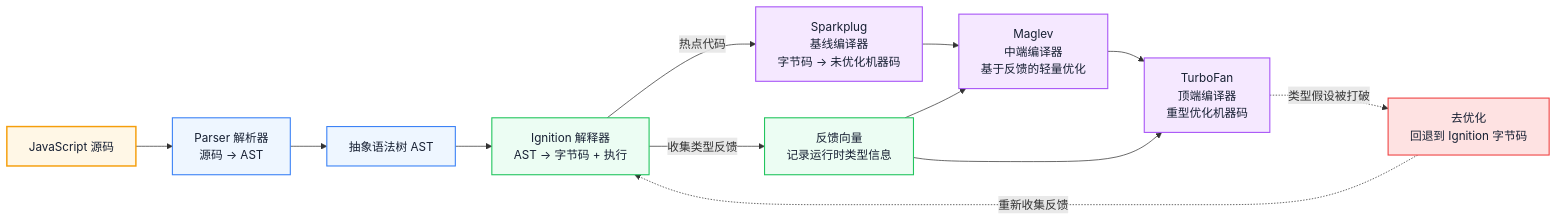
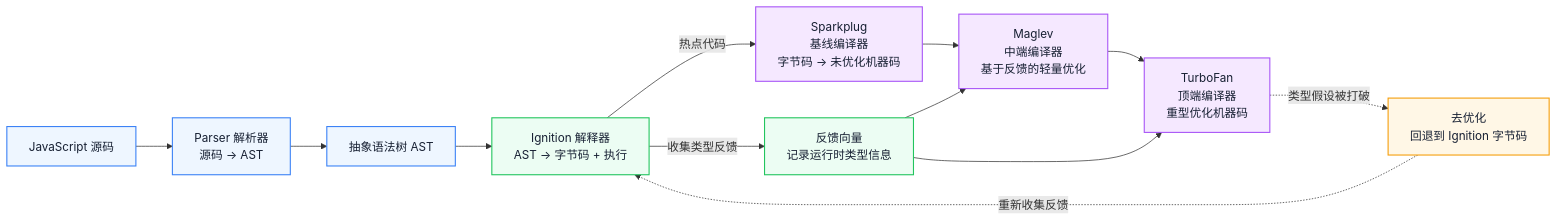
Before and after one commit to Fatejian/frontier-vault: the first of 4 diagrams in docs/javascript/v8-jit-gc.md, drawn with Mermaid. The commit also changed other lines of this file and 41 other files, not shown here.

````diff
--- a/docs/javascript/v8-jit-gc.md
+++ b/docs/javascript/v8-jit-gc.md
@@ -69,26 +56,23 @@
 ```mermaid
-%%{init: {'theme': 'base', 'themeVariables': { 'fontFamily': 'Inter, PingFang SC, Microsoft YaHei, sans-serif', 'primaryColor': '#EEF6FF', 'primaryTextColor': '#172033', 'primaryBorderColor': '#6EA8FE', 'lineColor': '#8A94A6', 'secondaryColor': '#F7F9FC', 'tertiaryColor': '#FFF7E6, 'fontSize': '13px'}}}%%
 flowchart LR
-    Src[JavaScript 源码] --> Parser[Parser 解析器<br/>源码 → AST]
-    Parser --> AST[抽象语法树 AST]
-    AST --> Ignition[Ignition 解释器<br/>AST → 字节码 + 执行]
-    Ignition -- 收集类型反馈 --> Feedback[反馈向量<br/>记录运行时类型信息]
-    Ignition -- 热点代码 --> SP[Sparkplug<br/>基线编译器<br/>字节码 → 未优化机器码]
-    SP --> ML[Maglev<br/>中端编译器<br/>基于反馈的轻量优化]
-    ML --> TF[TurboFan<br/>顶端编译器<br/>重型优化机器码]
+    Src["JavaScript 源码"] --> Parser["Parser 解析器<br/>源码 → AST"]
+    Parser --> AST["抽象语法树 AST"]
+    AST --> Ignition["Ignition 解释器<br/>AST → 字节码 + 执行"]
+    Ignition -- "收集类型反馈" --> Feedback["反馈向量<br/>记录运行时类型信息"]
+    Ignition -- "热点代码" --> SP["Sparkplug<br/>基线编译器<br/>字节码 → 未优化机器码"]
+    SP --> ML["Maglev<br/>中端编译器<br/>基于反馈的轻量优化"]
+    ML --> TF["TurboFan<br/>顶端编译器<br/>重型优化机器码"]
     Feedback --> ML
     Feedback --> TF
-    TF -. 类型假设被打破 .-> Deopt[去优化<br/>回退到 Ignition 字节码]
-    Deopt -. 重新收集反馈 .-> Ignition
+    TF -. "类型假设被打破" .-> Deopt["去优化<br/>回退到 Ignition 字节码"]
+    Deopt -. "重新收集反馈" .-> Ignition
 
-    classDef src fill:#FFF7E6,stroke:#F59E0B,color:#172033,stroke-width:2px;
-    classDef parse fill:#EEF6FF,stroke:#3B82F6,color:#172033,stroke-width:1.5px;
-    classDef interp fill:#ECFDF3,stroke:#22C55E,color:#172033,stroke-width:1.5px;
-    classDef opt fill:#F5E8FF,stroke:#A855F7,color:#172033,stroke-width:1.5px;
-    classDef deopt fill:#FEE2E2,stroke:#EF4444,color:#172033,stroke-width:1.5px;
-    class Src src;
-    class Parser,AST parse;
-    class Ignition,Feedback interp;
-    class SP,ML,TF opt;
-    class Deopt deopt;
+    classDef wait fill:#EEF6FF,stroke:#3B82F6,color:#172033,stroke-width:1.5px;
+    classDef work fill:#ECFDF3,stroke:#22C55E,color:#172033,stroke-width:1.5px;
+    classDef metric fill:#F5E8FF,stroke:#A855F7,color:#172033,stroke-width:1.5px;
+    classDef block fill:#FFF7E6,stroke:#F59E0B,color:#172033,stroke-width:1.5px;
+    class Src,Parser,AST wait;
+    class Ignition,Feedback work;
+    class SP,ML,TF metric;
+    class Deopt block;
 ```
````
